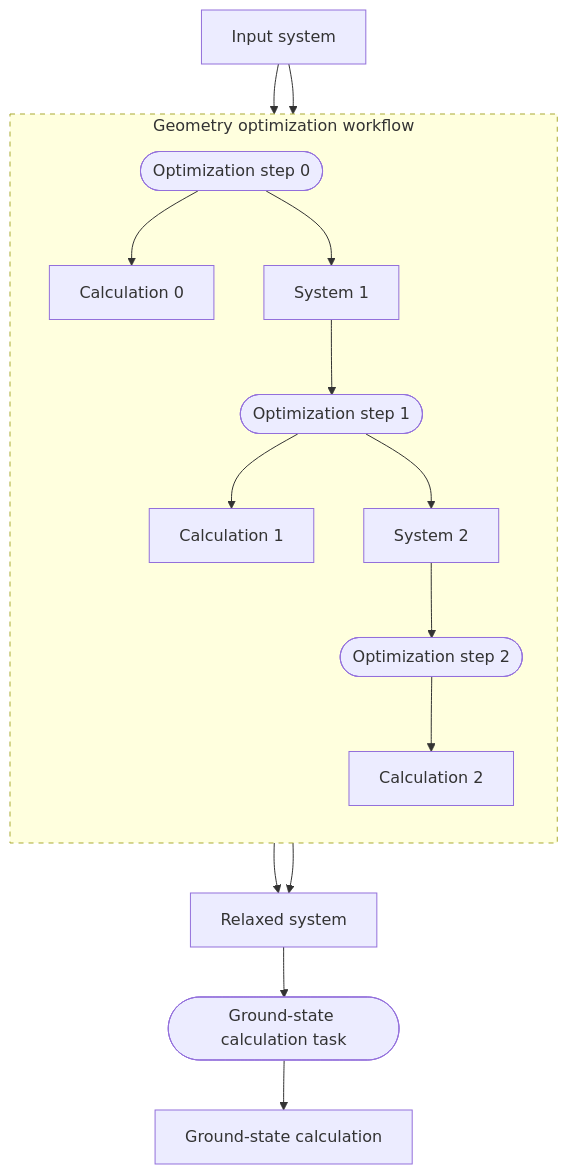
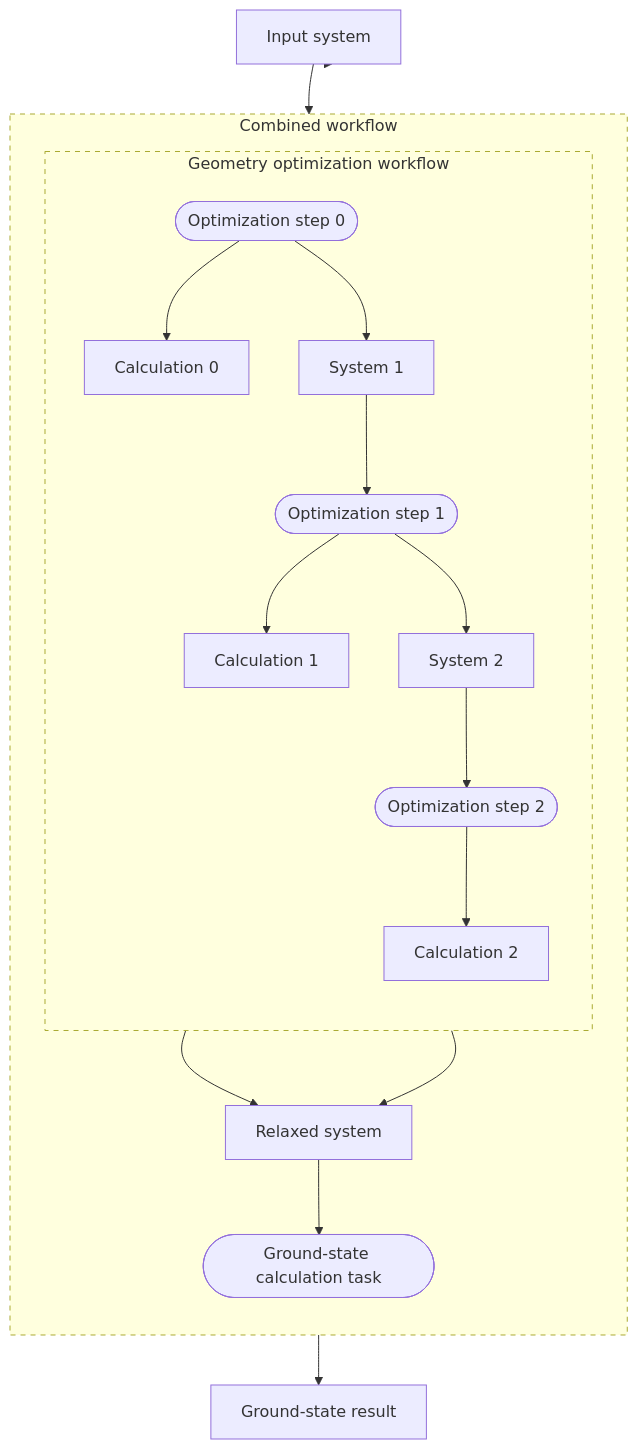
Before and after one commit to FAIRmat-NFDI/nomad-docs: the second of 2 diagrams in docs/explanation/workflows.md, drawn with Mermaid. The commit also changed other lines of this file, not shown here.

Commit message:
add combined workflow box to mermaid in explanation workflows

````diff
--- a/docs/explanation/workflows.md
+++ b/docs/explanation/workflows.md
@@ -90,33 +90,38 @@
 ```mermaid
 flowchart TB
     input["Input system"]
 
-    subgraph optimization["Geometry optimization workflow"]
+    subgraph parent["Combined workflow"]
         direction TB
-        step0(["Optimization step 0"])
-        calc0["Calculation 0"]
-        system1["System 1"]
-        step1(["Optimization step 1"])
-        calc1["Calculation 1"]
-        system2["System 2"]
-        step2(["Optimization step 2"])
-        calc2["Calculation 2"]
+        subgraph optimization["Geometry optimization workflow"]
+            direction TB
+            step0(["Optimization step 0"])
+            calc0["Calculation 0"]
+            system1["System 1"]
+            step1(["Optimization step 1"])
+            calc1["Calculation 1"]
+            system2["System 2"]
+            step2(["Optimization step 2"])
+            calc2["Calculation 2"]
 
-        step0 --> calc0
-        step0 --> system1
-        system1 --> step1
-        step1 --> calc1
-        step1 --> system2
-        system2 --> step2
-        step2 --> calc2
+            step0 --> calc0
+            step0 --> system1
+            system1 --> step1
+            step1 --> calc1
+            step1 --> system2
+            system2 --> step2
+            step2 --> calc2
+        end
+
+        step2 --> relaxed["Relaxed system"]
+        optimization --> relaxed
+        relaxed --> ground_state(["Ground-state calculation task"])
     end
 
     input --> optimization
     input --> step0
-    step2 --> relaxed["Relaxed system"]
-    optimization --> relaxed
-    relaxed --> ground_state(["Ground-state calculation task"])
-    ground_state --> result["Ground-state calculation"]
+    ground_state --> result["Ground-state result"]
 
+    style parent stroke-dasharray: 5 5
     style optimization stroke-dasharray: 5 5
 ```
````
